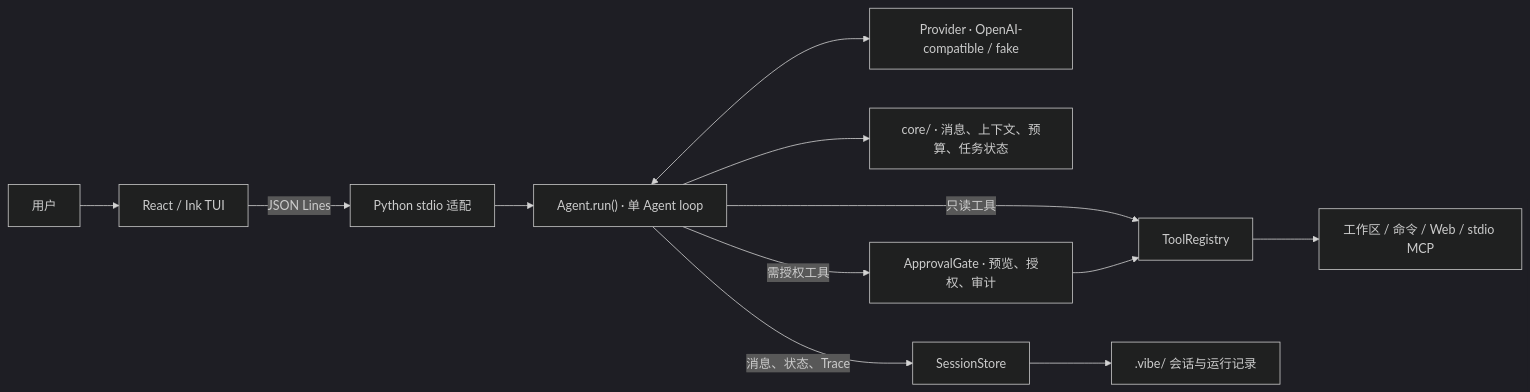
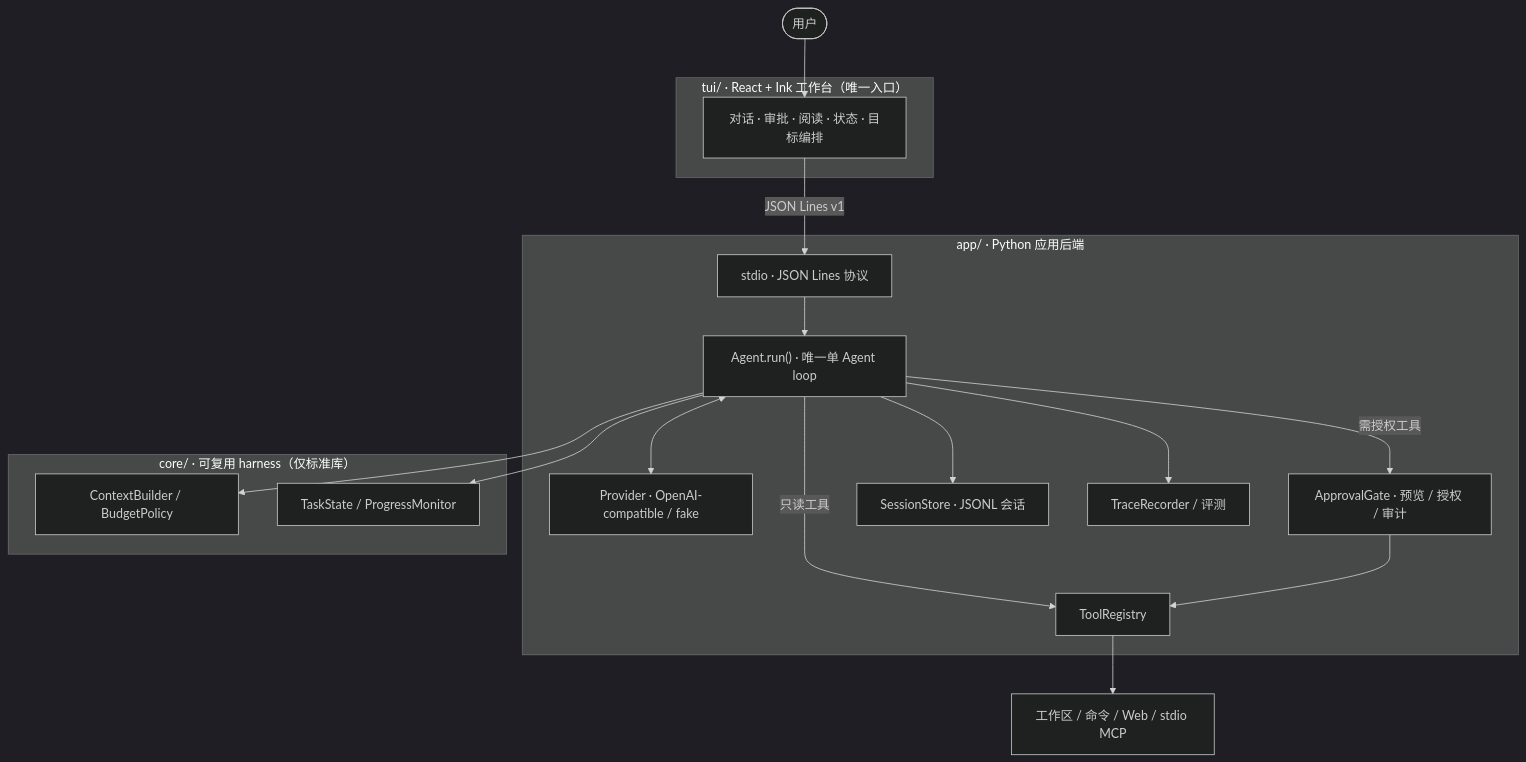
One commit to wj-spec/mini-harness changed the diagram in README.md. Above: the diagram before and after it, drawn with Mermaid (dark theme). The commit also changed other lines of this file and 1 other file, not shown here.

Commit message:
docs: refresh README with workbench screenshot and current progress

````diff
--- a/README.md
+++ b/README.md
@@ -24,14 +44,35 @@
 ```mermaid
-flowchart LR
-    user["用户"] --> ink["React / Ink TUI"]
-    ink -- "JSON Lines" --> stdio["Python stdio 适配"]
-    stdio --> agent["Agent.run() · 单 Agent loop"]
-    agent <--> provider["Provider · OpenAI-compatible / fake"]
-    agent --> core["core/ · 消息、上下文、预算、任务状态"]
-    agent -- "只读工具" --> tools["ToolRegistry"]
-    agent -- "需授权工具" --> gate["ApprovalGate · 预览、授权、审计"]
+flowchart TD
+    user([用户]) --> tui
+
+    subgraph UI["tui/ · React + Ink 工作台（唯一入口）"]
+        tui["对话 · 审批 · 阅读 · 状态 · 目标编排"]
+    end
+
+    subgraph APP["app/ · Python 应用后端"]
+        stdio["stdio · JSON Lines 协议"]
+        agent["Agent.run() · 唯一单 Agent loop"]
+        provider["Provider · OpenAI-compatible / fake"]
+        gate["ApprovalGate · 预览 / 授权 / 审计"]
+        tools["ToolRegistry"]
+        session["SessionStore · JSONL 会话"]
+        trace["TraceRecorder / 评测"]
+    end
+
+    subgraph CORE["core/ · 可复用 harness（仅标准库）"]
+        context["ContextBuilder / BudgetPolicy"]
+        state["TaskState / ProgressMonitor"]
+    end
+
+    tui -- "JSON Lines v1" --> stdio
+    stdio --> agent
+    agent <--> provider
+    agent -- 只读工具 --> tools
+    agent -- 需授权工具 --> gate
     gate --> tools
+    agent --> context
+    agent --> state
+    agent --> session
+    agent --> trace
     tools --> world["工作区 / 命令 / Web / stdio MCP"]
-    agent -- "消息、状态、Trace" --> session["SessionStore"]
-    session --> local[".vibe/ 会话与运行记录"]
 ```
````
